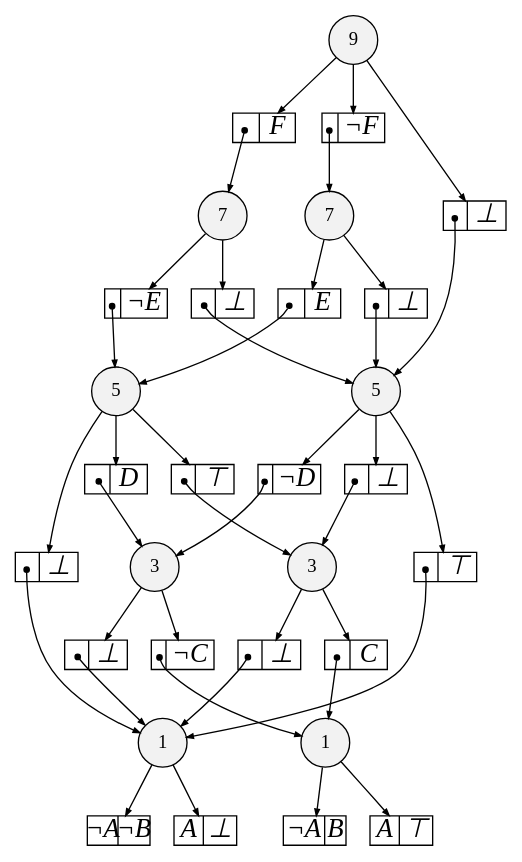
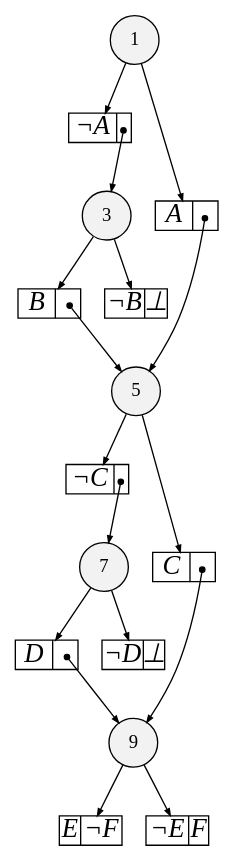
One commit to MaxMicheluttiUnitn/DecisionDiagrams changed the diagram in sdd.dot. Above: the diagram before and after it, drawn with Graphviz. The commit also changed 2 other files, not shown here.

```diff
--- a/sdd.dot
+++ b/sdd.dot
@@ -3,15 +3,15 @@
 
 overlap=false
 
-{rank=same; n28 }
-{rank=same; n26 n27 }
-{rank=same; n24 n25 }
-{rank=same; n22 n23 }
-{rank=same; n15 n21 }
+{rank=same; n20 }
+{rank=same; n23 }
+{rank=same; n24 }
+{rank=same; n25 }
+{rank=same; n26 }
 
-n28 [label= "9",style=filled,fillcolor=gray95,shape=circle,height=.25,width=.25]; 
-n28e0
-      [label= "<L>|<R>&not;F",
+n20 [label= "9",style=filled,fillcolor=gray95,shape=circle,height=.25,width=.25]; 
+n20e0
+      [label= "<L>E|<R>&not;F",
       shape=record,
       fontsize=20,
       fontname="Times-Italic",
@@ -21,10 +21,9 @@
       height=.30, 
       width=.65];
 
-n28->n28e0 [arrowsize=.50];
-n28e0:L:c->n26 [arrowsize=.50,tailclip=false,arrowtail=dot,dir=both];
-n28e1
-      [label= "<L>|<R>F",
+n20->n20e0 [arrowsize=.50];
+n20e1
+      [label= "<L>&not;E|<R>F",
       shape=record,
       fontsize=20,
       fontname="Times-Italic",
@@ -34,10 +33,10 @@
       height=.30, 
       width=.65];
 
-n28->n28e1 [arrowsize=.50];
-n28e1:L:c->n27 [arrowsize=.50,tailclip=false,arrowtail=dot,dir=both];
-n28e2
-      [label= "<L>|<R>&#8869;",
+n20->n20e1 [arrowsize=.50];
+n23 [label= "7",style=filled,fillcolor=gray95,shape=circle,height=.25,width=.25]; 
+n23e0
+      [label= "<L>D|<R>",
       shape=record,
       fontsize=20,
       fontname="Times-Italic",
@@ -47,11 +46,76 @@
       height=.30, 
       width=.65];
 
-n28->n28e2 [arrowsize=.50];
-n28e2:L:c->n25 [arrowsize=.50,tailclip=false,arrowtail=dot,dir=both];
-n26 [label= "7",style=filled,fillcolor=gray95,shape=circle,height=.25,width=.25]; 
+n23->n23e0 [arrowsize=.50];
+n23e0:R:c->n20 [arrowsize=.50,tailclip=false,arrowtail=dot,dir=both];
+n23e1
+      [label= "<L>&not;D|<R>&#8869;",
+      shape=record,
+      fontsize=20,
+      fontname="Times-Italic",
+      fillcolor=white,
+      style=filled,
+      fixedsize=true,
+      height=.30, 
+      width=.65];
+
+n23->n23e1 [arrowsize=.50];
+n24 [label= "5",style=filled,fillcolor=gray95,shape=circle,height=.25,width=.25]; 
+n24e0
+      [label= "<L>&not;C|<R>",
+      shape=record,
+      fontsize=20,
+      fontname="Times-Italic",
+      fillcolor=white,
+      style=filled,
+      fixedsize=true,
+      height=.30, 
+      width=.65];
+
+n24->n24e0 [arrowsize=.50];
+n24e0:R:c->n23 [arrowsize=.50,tailclip=false,arrowtail=dot,dir=both];
+n24e1
+      [label= "<L>C|<R>",
+      shape=record,
+      fontsize=20,
+      fontname="Times-Italic",
+      fillcolor=white,
+      style=filled,
+      fixedsize=true,
+      height=.30, 
+      width=.65];
+
+n24->n24e1 [arrowsize=.50];
+n24e1:R:c->n20 [arrowsize=.50,tailclip=false,arrowtail=dot,dir=both];
+n25 [label= "3",style=filled,fillcolor=gray95,shape=circle,height=.25,width=.25]; 
+n25e0
+      [label= "<L>B|<R>",
+      shape=record,
+      fontsize=20,
+      fontname="Times-Italic",
+      fillcolor=white,
+      style=filled,
+      fixedsize=true,
+      height=.30, 
+      width=.65];
+
+n25->n25e0 [arrowsize=.50];
+n25e0:R:c->n24 [arrowsize=.50,tailclip=false,arrowtail=dot,dir=both];
+n25e1
+      [label= "<L>&not;B|<R>&#8869;",
+      shape=record,
+      fontsize=20,
+      fontname="Times-Italic",
+      fillcolor=white,
+      style=filled,
+      fixedsize=true,
+      height=.30, 
+      width=.65];
+
+n25->n25e1 [arrowsize=.50];
+n26 [label= "1",style=filled,fillcolor=gray95,shape=circle,height=.25,width=.25]; 
 n26e0
-      [label= "<L>|<R>E",
+      [label= "<L>&not;A|<R>",
       shape=record,
       fontsize=20,
       fontname="Times-Italic",
@@ -62,9 +126,9 @@
       width=.65];
 
 n26->n26e0 [arrowsize=.50];
-n26e0:L:c->n24 [arrowsize=.50,tailclip=false,arrowtail=dot,dir=both];
+n26e0:R:c->n25 [arrowsize=.50,tailclip=false,arrowtail=dot,dir=both];
 n26e1
-      [label= "<L>|<R>&#8869;",
+      [label= "<L>A|<R>",
       shape=record,
       fontsize=20,
       fontname="Times-Italic",
@@ -75,218 +139,7 @@
       width=.65];
 
 n26->n26e1 [arrowsize=.50];
-n26e1:L:c->n25 [arrowsize=.50,tailclip=false,arrowtail=dot,dir=both];
-n27 [label= "7",style=filled,fillcolor=gray95,shape=circle,height=.25,width=.25]; 
-n27e0
-      [label= "<L>|<R>&not;E",
-      shape=record,
-      fontsize=20,
-      fontname="Times-Italic",
-      fillcolor=white,
-      style=filled,
-      fixedsize=true,
-      height=.30, 
-      width=.65];
-
-n27->n27e0 [arrowsize=.50];
-n27e0:L:c->n24 [arrowsize=.50,tailclip=false,arrowtail=dot,dir=both];
-n27e1
-      [label= "<L>|<R>&#8869;",
-      shape=record,
-      fontsize=20,
-      fontname="Times-Italic",
-      fillcolor=white,
-      style=filled,
-      fixedsize=true,
-      height=.30, 
-      width=.65];
-
-n27->n27e1 [arrowsize=.50];
-n27e1:L:c->n25 [arrowsize=.50,tailclip=false,arrowtail=dot,dir=both];
-n24 [label= "5",style=filled,fillcolor=gray95,shape=circle,height=.25,width=.25]; 
-n24e0
-      [label= "<L>|<R>D",
-      shape=record,
-      fontsize=20,
-      fontname="Times-Italic",
-      fillcolor=white,
-      style=filled,
-      fixedsize=true,
-      height=.30, 
-      width=.65];
-
-n24->n24e0 [arrowsize=.50];
-n24e0:L:c->n22 [arrowsize=.50,tailclip=false,arrowtail=dot,dir=both];
-n24e1
-      [label= "<L>|<R>&#8868;",
-      shape=record,
-      fontsize=20,
-      fontname="Times-Italic",
-      fillcolor=white,
-      style=filled,
-      fixedsize=true,
-      height=.30, 
-      width=.65];
-
-n24->n24e1 [arrowsize=.50];
-n24e1:L:c->n23 [arrowsize=.50,tailclip=false,arrowtail=dot,dir=both];
-n24e2
-      [label= "<L>|<R>&#8869;",
-      shape=record,
-      fontsize=20,
-      fontname="Times-Italic",
-      fillcolor=white,
-      style=filled,
-      fixedsize=true,
-      height=.30, 
-      width=.65];
-
-n24->n24e2 [arrowsize=.50];
-n24e2:L:c->n21 [arrowsize=.50,tailclip=false,arrowtail=dot,dir=both];
-n25 [label= "5",style=filled,fillcolor=gray95,shape=circle,height=.25,width=.25]; 
-n25e0
-      [label= "<L>|<R>&not;D",
-      shape=record,
-      fontsize=20,
-      fontname="Times-Italic",
-      fillcolor=white,
-      style=filled,
-      fixedsize=true,
-      height=.30, 
-      width=.65];
-
-n25->n25e0 [arrowsize=.50];
-n25e0:L:c->n22 [arrowsize=.50,tailclip=false,arrowtail=dot,dir=both];
-n25e1
-      [label= "<L>|<R>&#8868;",
-      shape=record,
-      fontsize=20,
-      fontname="Times-Italic",
-      fillcolor=white,
-      style=filled,
-      fixedsize=true,
-      height=.30, 
-      width=.65];
-
-n25->n25e1 [arrowsize=.50];
-n25e1:L:c->n21 [arrowsize=.50,tailclip=false,arrowtail=dot,dir=both];
-n25e2
-      [label= "<L>|<R>&#8869;",
-      shape=record,
-      fontsize=20,
-      fontname="Times-Italic",
-      fillcolor=white,
-      style=filled,
-      fixedsize=true,
-      height=.30, 
-      width=.65];
-
-n25->n25e2 [arrowsize=.50];
-n25e2:L:c->n23 [arrowsize=.50,tailclip=false,arrowtail=dot,dir=both];
-n22 [label= "3",style=filled,fillcolor=gray95,shape=circle,height=.25,width=.25]; 
-n22e0
-      [label= "<L>|<R>&not;C",
-      shape=record,
-      fontsize=20,
-      fontname="Times-Italic",
-      fillcolor=white,
-      style=filled,
-      fixedsize=true,
-      height=.30, 
-      width=.65];
-
-n22->n22e0 [arrowsize=.50];
-n22e0:L:c->n15 [arrowsize=.50,tailclip=false,arrowtail=dot,dir=both];
-n22e1
-      [label= "<L>|<R>&#8869;",
-      shape=record,
-      fontsize=20,
-      fontname="Times-Italic",
-      fillcolor=white,
-      style=filled,
-      fixedsize=true,
-      height=.30, 
-      width=.65];
-
-n22->n22e1 [arrowsize=.50];
-n22e1:L:c->n21 [arrowsize=.50,tailclip=false,arrowtail=dot,dir=both];
-n23 [label= "3",style=filled,fillcolor=gray95,shape=circle,height=.25,width=.25]; 
-n23e0
-      [label= "<L>|<R>C",
-      shape=record,
-      fontsize=20,
-      fontname="Times-Italic",
-      fillcolor=white,
-      style=filled,
-      fixedsize=true,
-      height=.30, 
-      width=.65];
-
-n23->n23e0 [arrowsize=.50];
-n23e0:L:c->n15 [arrowsize=.50,tailclip=false,arrowtail=dot,dir=both];
-n23e1
-      [label= "<L>|<R>&#8869;",
-      shape=record,
-      fontsize=20,
-      fontname="Times-Italic",
-      fillcolor=white,
-      style=filled,
-      fixedsize=true,
-      height=.30, 
-      width=.65];
-
-n23->n23e1 [arrowsize=.50];
-n23e1:L:c->n21 [arrowsize=.50,tailclip=false,arrowtail=dot,dir=both];
-n15 [label= "1",style=filled,fillcolor=gray95,shape=circle,height=.25,width=.25]; 
-n15e0
-      [label= "<L>&not;A|<R>B",
-      shape=record,
-      fontsize=20,
-      fontname="Times-Italic",
-      fillcolor=white,
-      style=filled,
-      fixedsize=true,
-      height=.30, 
-      width=.65];
-
-n15->n15e0 [arrowsize=.50];
-n15e1
-      [label= "<L>A|<R>&#8868;",
-      shape=record,
-      fontsize=20,
-      fontname="Times-Italic",
-      fillcolor=white,
-      style=filled,
-      fixedsize=true,
-      height=.30, 
-      width=.65];
-
-n15->n15e1 [arrowsize=.50];
-n21 [label= "1",style=filled,fillcolor=gray95,shape=circle,height=.25,width=.25]; 
-n21e0
-      [label= "<L>&not;A|<R>&not;B",
-      shape=record,
-      fontsize=20,
-      fontname="Times-Italic",
-      fillcolor=white,
-      style=filled,
-      fixedsize=true,
-      height=.30, 
-      width=.65];
-
-n21->n21e0 [arrowsize=.50];
-n21e1
-      [label= "<L>A|<R>&#8869;",
-      shape=record,
-      fontsize=20,
-      fontname="Times-Italic",
-      fillcolor=white,
-      style=filled,
-      fixedsize=true,
-      height=.30, 
-      width=.65];
-
-n21->n21e1 [arrowsize=.50];
+n26e1:R:c->n24 [arrowsize=.50,tailclip=false,arrowtail=dot,dir=both];
 
 
 }
```
